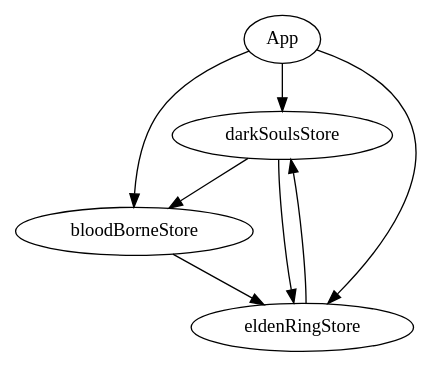
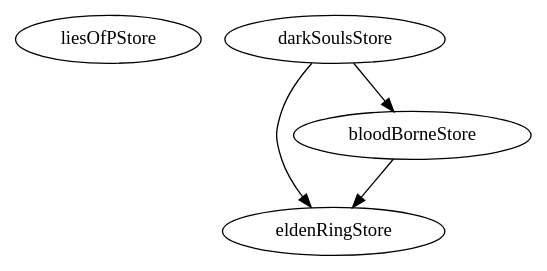
Before and after one commit to GitBani/Pinia-Dependency-Analyzer: the diagram in output.dot, drawn with Graphviz. The commit also changed 18 other files, not shown here.

```diff
--- a/output.dot
+++ b/output.dot
@@ -1,6 +1,6 @@
 digraph {
-    App -> { darkSoulsStore bloodBorneStore eldenRingStore }
-    eldenRingStore -> { darkSoulsStore }
+    liesOfPStore -> { }
+    eldenRingStore -> { }
+    darkSoulsStore -> { bloodBorneStore eldenRingStore }
     bloodBorneStore -> { eldenRingStore }
-    darkSoulsStore -> { bloodBorneStore eldenRingStore }
 }
```
